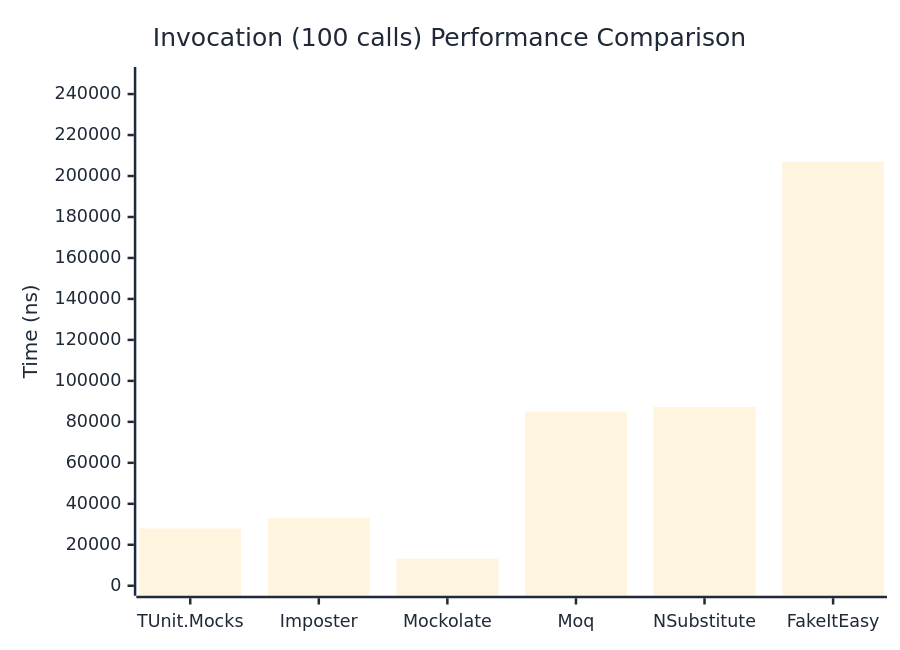
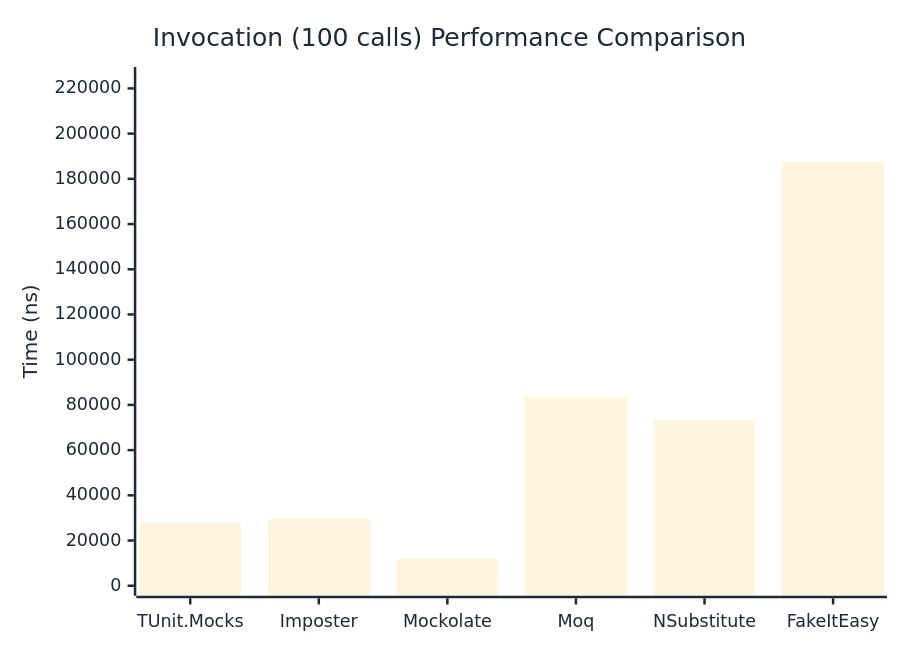
The third of 3 diagrams in docs/docs/benchmarks/mocks/Invocation.md (thomhurst/TUnit), drawn with Mermaid before and after one commit. The commit also changed other lines of this file and 14 other files, not shown here.

````diff
--- a/docs/docs/benchmarks/mocks/Invocation.md
+++ b/docs/docs/benchmarks/mocks/Invocation.md
@@ -112,27 +112,27 @@
 ```mermaid
 %%{init: {
   'theme':'base',
   'themeVariables': {
     'primaryColor': '#2563eb',
     'primaryTextColor': '#1f2937',
     'primaryBorderColor': '#1e40af',
     'lineColor': '#6b7280',
     'secondaryColor': '#7c3aed',
     'tertiaryColor': '#dc2626',
     'background': '#ffffff',
     'pie1': '#2563eb',
     'pie2': '#7c3aed',
     'pie3': '#dc2626',
     'pie4': '#f59e0b',
     'pie5': '#10b981',
     'pie6': '#06b6d4',
     'pie7': '#ec4899',
     'pie8': '#6366f1'
   }
 }}%%
 xychart-beta
   title "Invocation (100 calls) Performance Comparison"
   x-axis ["TUnit.Mocks", "Imposter", "Mockolate", "Moq", "NSubstitute", "FakeItEasy"]
-  y-axis "Time (ns)" 0 --> 248327
-  bar [27979.5, 33056.6, 13212.4, 84896.3, 87247.2, 206938.9]
+  y-axis "Time (ns)" 0 --> 225058
+  bar [27582.9, 29495.4, 11756.6, 83319.3, 73136.5, 187548.1]
 ```
````
